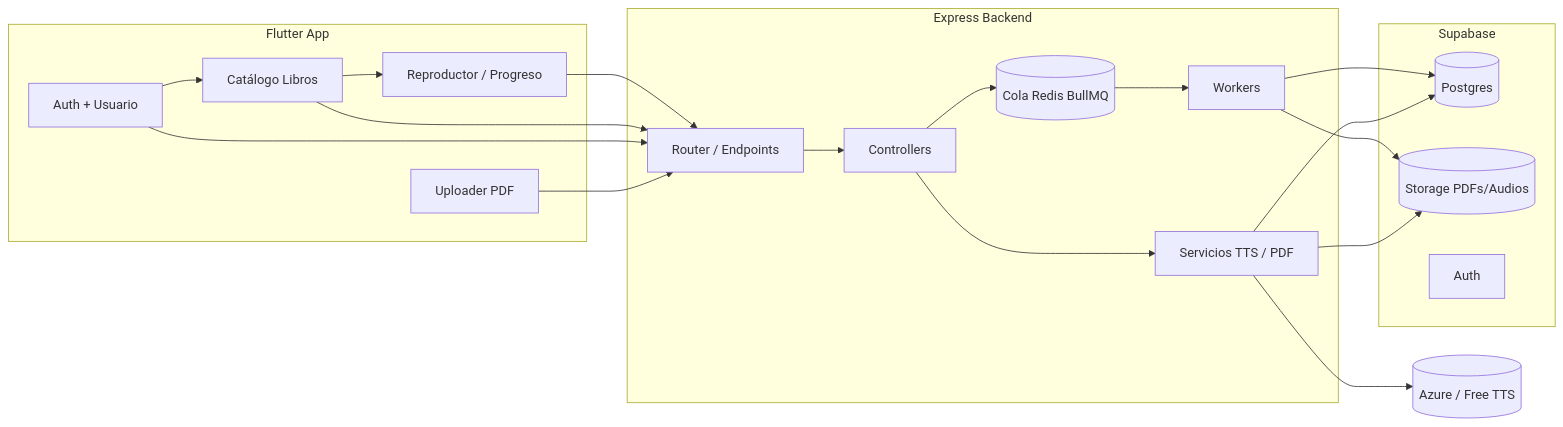
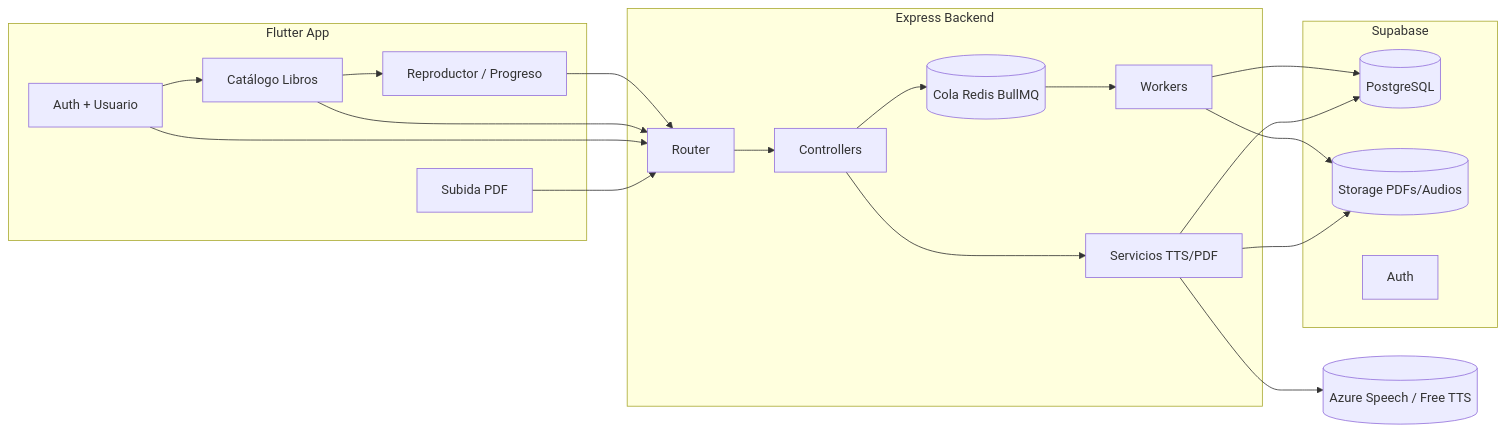
Before and after one commit to spalacioc05/Loom: the first of 5 diagrams in README.md, drawn with Mermaid. The commit also changed other lines of this file, not shown here.

````diff
--- a/README.md
+++ b/README.md
@@ -69,34 +90,34 @@
 ```mermaid
 flowchart LR
-  subgraph Móvil[Flutter App]
+  subgraph App[Flutter App]
     A[Auth + Usuario] --> B[Catálogo Libros]
     B --> C[Reproductor / Progreso]
-    D[Uploader PDF]
+    D[Subida PDF]
   end
 
   subgraph API[Express Backend]
-    R[Router / Endpoints]
+    R[Router]
     CTRL[Controllers]
-    SVC[Servicios TTS / PDF]
+    SVC[Servicios TTS/PDF]
     Q[(Cola Redis BullMQ)]
     WK[Workers]
   end
 
   subgraph Data[Supabase]
-    PG[(Postgres)]
+    PG[(PostgreSQL)]
     ST[(Storage PDFs/Audios)]
     AUTH[Auth]
   end
 
-  TTSProv[(Azure / Free TTS)]
+  TTS[(Azure Speech / Free TTS)]
 
   D --> R
   A --> R
   B --> R
   C --> R
   R --> CTRL --> SVC --> PG
   SVC --> ST
-  SVC --> TTSProv
+  SVC --> TTS
   CTRL --> Q --> WK --> ST
   WK --> PG
 ```
````
